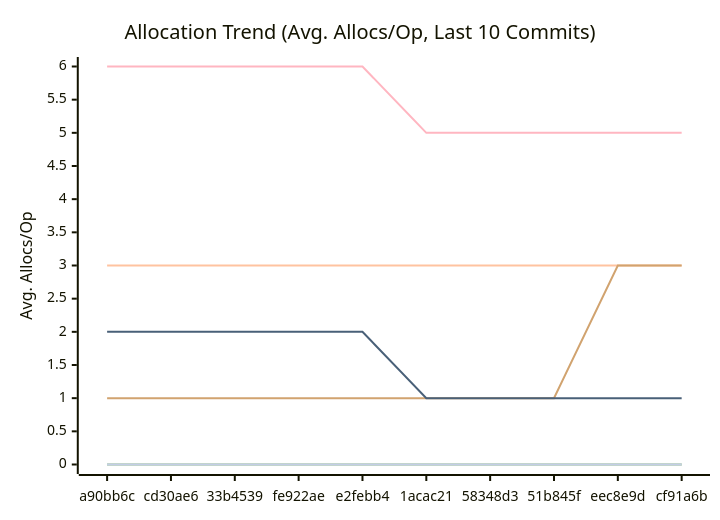
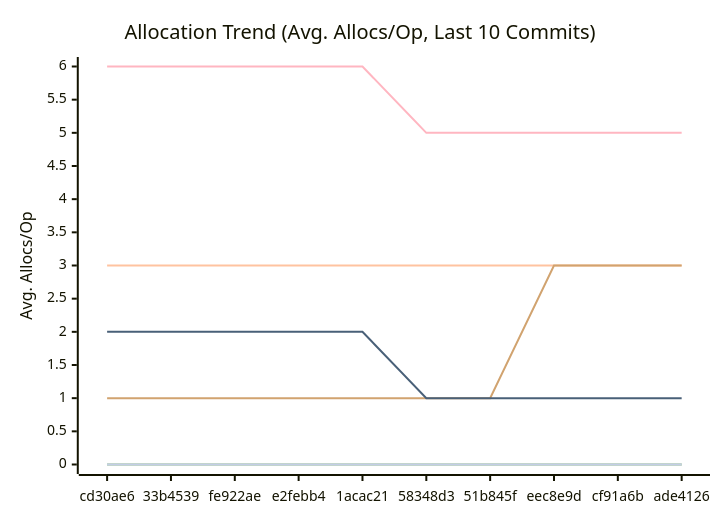
One commit to alsotoes/momo changed the third of 3 diagrams in docs/PERFORMANCE.md. Above: the diagram before and after it, drawn with Mermaid. The commit also changed other lines of this file and 1 other file, not shown here.

````diff
--- a/docs/PERFORMANCE.md
+++ b/docs/PERFORMANCE.md
@@ -114,16 +114,16 @@
 ```mermaid
 xychart-beta
     title "Allocation Trend (Avg. Allocs/Op, Last 10 Commits)"
     x-axis "Commit"
     y-axis "Avg. Allocs/Op"
-    x-axis [a90bb6c,cd30ae6,33b4539,fe922ae,e2febb4,1acac21,58348d3,51b845f,eec8e9d,cf91a6b]
+    x-axis [cd30ae6,33b4539,fe922ae,e2febb4,1acac21,58348d3,51b845f,eec8e9d,cf91a6b,ade4126]
     line "CheckMetricsAndSwap" [0,0,0,0,0,0,0,0,0,0]
     line "CrushOptimized" [0,0,0,0,0,0,0,0,0,0]
     line "CrushOriginal" [3,3,3,3,3,3,3,3,3,3]
     line "IndexDirectTracking" [0,0,0,0,0,0,0,0,0,0]
     line "IndexSearch" [0,0,0,0,0,0,0,0,0,0]
-    line "LoadGlobalConfig" [1,1,1,1,1,1,1,1,3,3]
+    line "LoadGlobalConfig" [1,1,1,1,1,1,1,3,3,3]
     line "PadString" [0,0,0,0,0,0,0,0,0,0]
     line "ParseReplicationOrder_NoPrealloc" [6,6,6,6,6,5,5,5,5,5]
     line "ParseReplicationOrder_Prealloc" [2,2,2,2,2,1,1,1,1,1]
 ```
````
